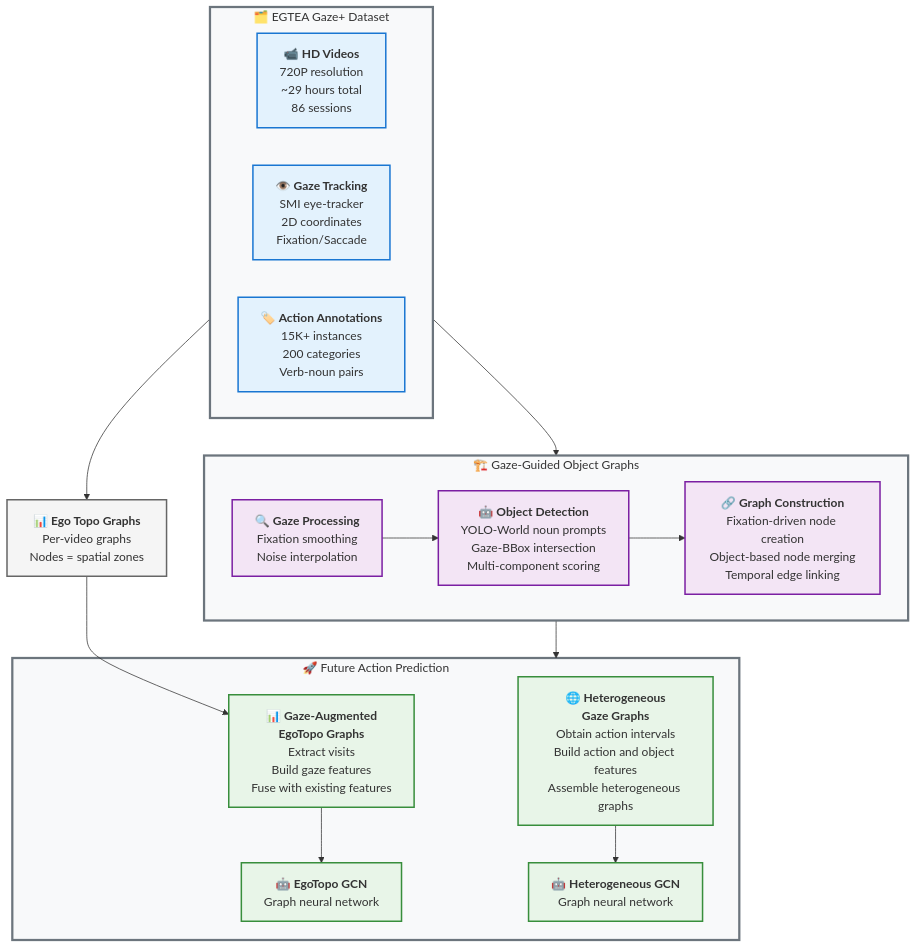
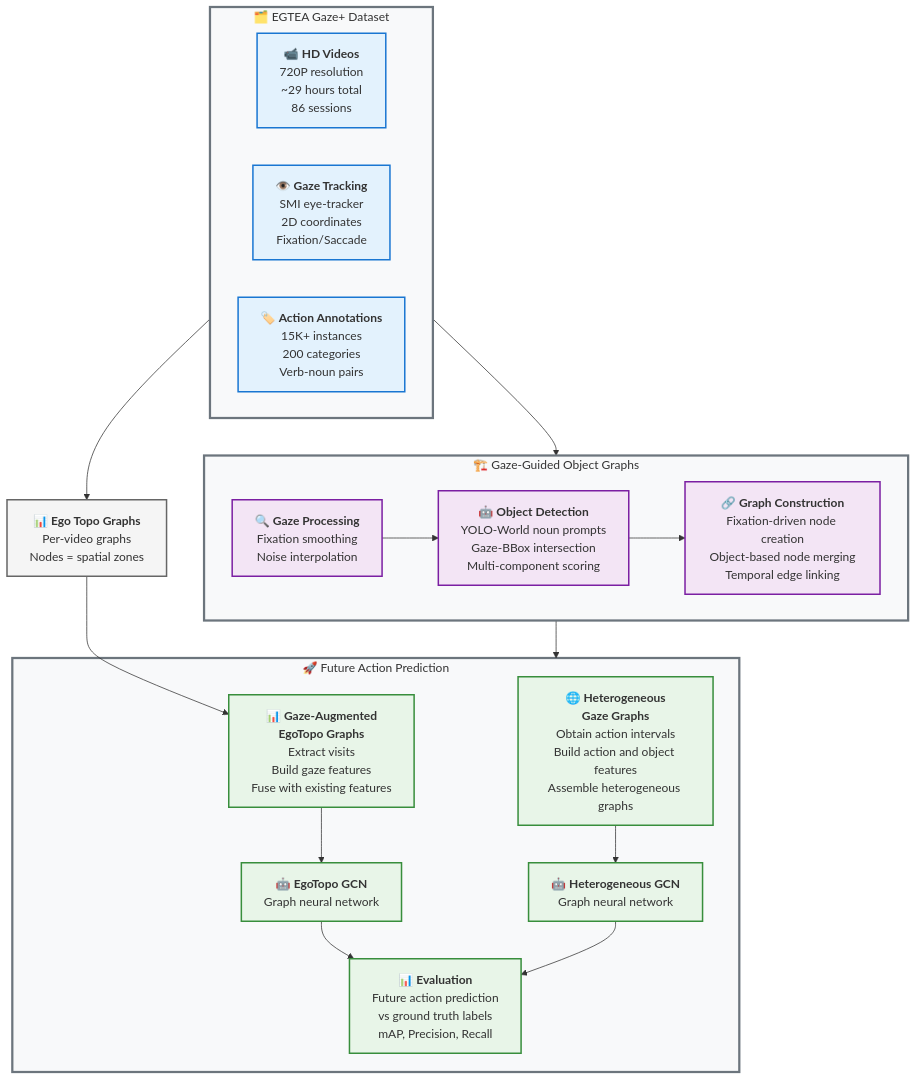
The diagram in figures/graph-construction-overview.md (tavis-siebert/gaze-guided-scene), drawn with Mermaid before and after one commit. The commit also changed other lines of this file, not shown here.

Commit message:
feat(figures): add evaluation node to graph construction overview
- Add evaluation node with prediction task details
- Connect both GCN nodes to evaluation component
- Document mAP, precision, recall metrics
- Include ground truth comparison details

````diff
--- a/figures/graph-construction-overview.md
+++ b/figures/graph-construction-overview.md
@@ -68,9 +68,16 @@
         I2["`🤖 **Heterogeneous GCN**
         Graph neural network`"]
         
+        K["`📊 **Evaluation**
+        Future action prediction
+        vs ground truth labels
+        mAP, Precision, Recall`"]
+        
         %% Internal connections
         G --> I1
         H --> I2
+        I1 --> K
+        I2 --> K
     end
     
     %% Vertical flow connections
@@ -90,6 +97,6 @@
     class Dataset,Pipeline,Prediction grayContainer
     class A,B,C inputNode
     class D,E,F processingNode
-    class G,H,I1,I2 outputNode
+    class G,H,I1,I2,K outputNode
     class J externalNode
 ```
````
